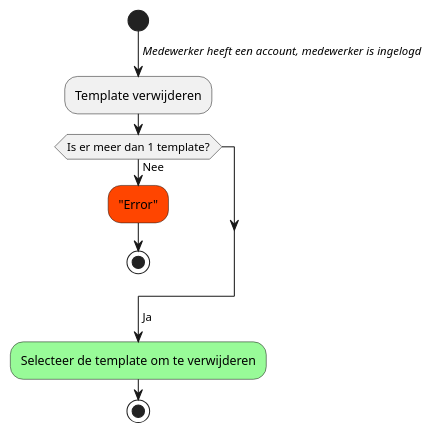
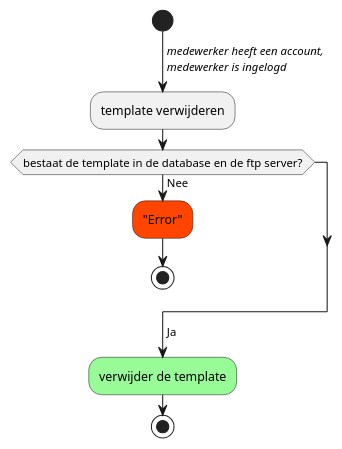
Before and after one commit to NielsPoldervaart/Project-C-Groep-4: the diagram in Diagrams (PlantUml)/SRS FLOWCHARTS/templateverwijderen.plantuml, drawn with PlantUML. The commit also changed 8 other files, not shown here.

Commit message:
flowcharts SRS bijgewerkt en toegevoegd

```diff
--- a/Diagrams (PlantUml)/SRS FLOWCHARTS/templateverwijderen.plantuml
+++ b/Diagrams (PlantUml)/SRS FLOWCHARTS/templateverwijderen.plantuml
@@ -1,12 +1,13 @@
 @startuml activity diagram downloaden grafisch product
 start
-->//Medewerker heeft een account, medewerker is ingelogd//;
-:Template verwijderen;
-if(Is er meer dan 1 template?) then (Nee)
+->//medewerker heeft een account,//
+//medewerker is ingelogd//;
+:template verwijderen;
+if(bestaat de template in de database en de ftp server?) then (Nee)
         #orangered:"Error";
         stop
         endif
         ->Ja;
-        #palegreen:Selecteer de template om te verwijderen;
+        #palegreen:verwijder de template;
 stop
 @enduml
```
